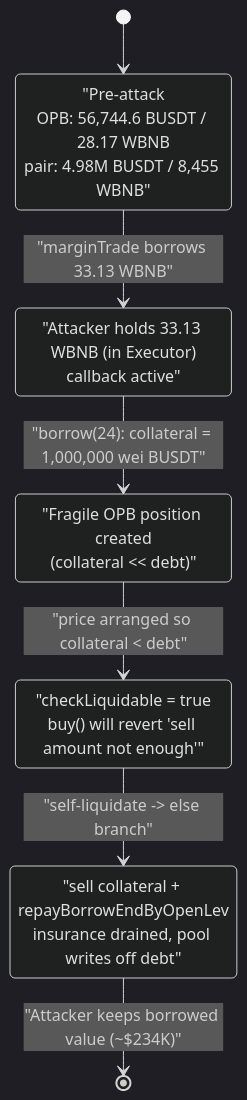
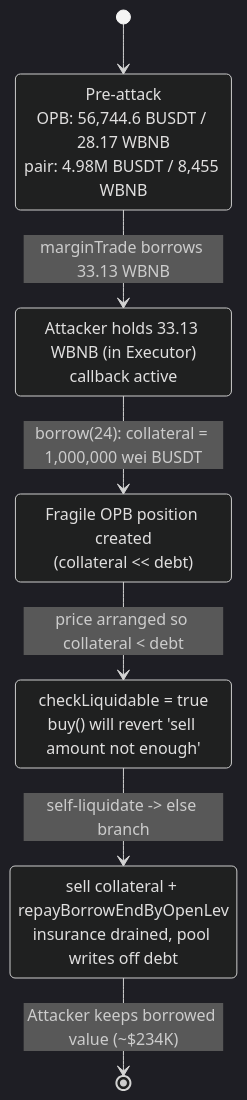
One commit to sanbir/evm-hack-registry changed the third of 3 diagrams in 2024-04-OpenLeverage2_exp/OpenLeverage2_exp.md. Above: the diagram before and after it, drawn with Mermaid (dark theme). The commit also changed other lines of this file and 280 other files, not shown here.

Commit message:
mermaid fixes

````diff
--- a/2024-04-OpenLeverage2_exp/OpenLeverage2_exp.md
+++ b/2024-04-OpenLeverage2_exp/OpenLeverage2_exp.md
@@ -275,14 +275,14 @@
 ```mermaid
 stateDiagram-v2
     [*] --> Pre
-    Pre: "Pre-attack<br/>OPB: 56,744.6 BUSDT / 28.17 WBNB<br/>pair: 4.98M BUSDT / 8,455 WBNB"
-    Pre --> Borrowed: "marginTrade borrows 33.13 WBNB"
-    Borrowed: "Attacker holds 33.13 WBNB (in Executor)<br/>callback active"
-    Borrowed --> Seeded: "borrow(24): collateral = 1,000,000 wei BUSDT"
-    Seeded: "Fragile OPB position created<br/>(collateral << debt)"
-    Seeded --> UnderWater: "price arranged so collateral < debt"
-    UnderWater: "checkLiquidable = true<br/>buy() will revert 'sell amount not enough'"
-    UnderWater --> Socialized: "self-liquidate -> else branch"
-    Socialized: "sell collateral + repayBorrowEndByOpenLev<br/>insurance drained, pool writes off debt"
-    Socialized --> [*]: "Attacker keeps borrowed value (~$234K)"
+    Pre: Pre-attack<br/>OPB#58; 56,744.6 BUSDT / 28.17 WBNB<br/>pair#58; 4.98M BUSDT / 8,455 WBNB
+    Pre --> Borrowed: marginTrade borrows 33.13 WBNB
+    Borrowed: Attacker holds 33.13 WBNB (in Executor)<br/>callback active
+    Borrowed --> Seeded: borrow(24)#58; collateral = 1,000,000 wei BUSDT
+    Seeded: Fragile OPB position created<br/>(collateral << debt)
+    Seeded --> UnderWater: price arranged so collateral < debt
+    UnderWater: checkLiquidable = true<br/>buy() will revert 'sell amount not enough'
+    UnderWater --> Socialized: self-liquidate -> else branch
+    Socialized: sell collateral + repayBorrowEndByOpenLev<br/>insurance drained, pool writes off debt
+    Socialized --> [*]: Attacker keeps borrowed value (~$234K)
 ```
````
